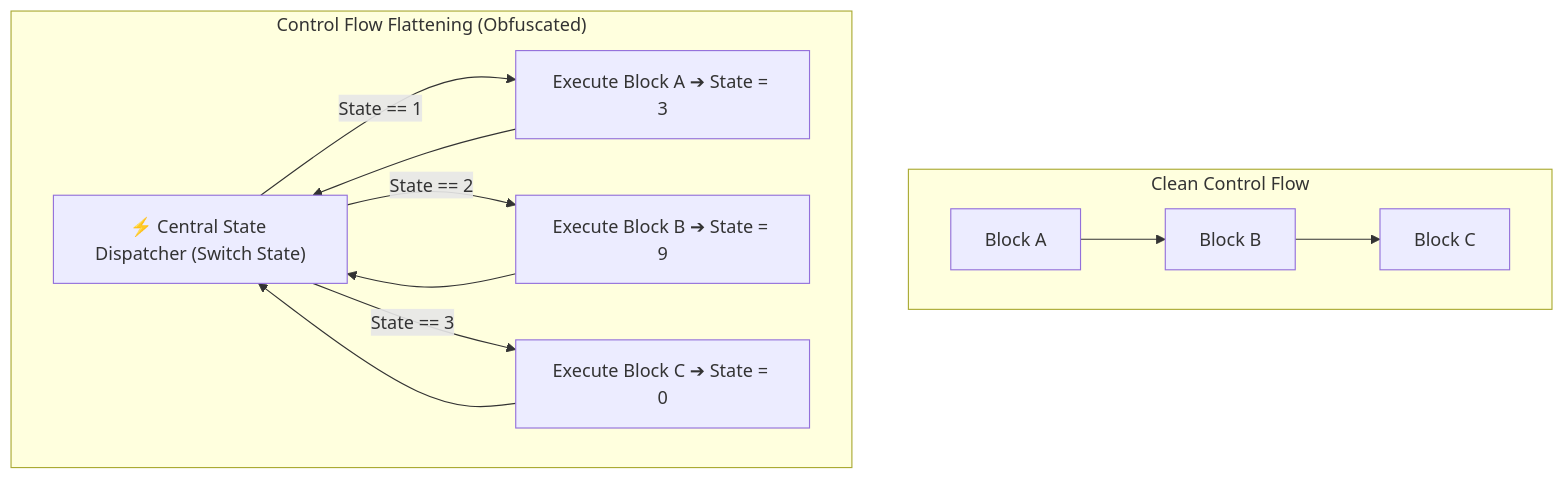
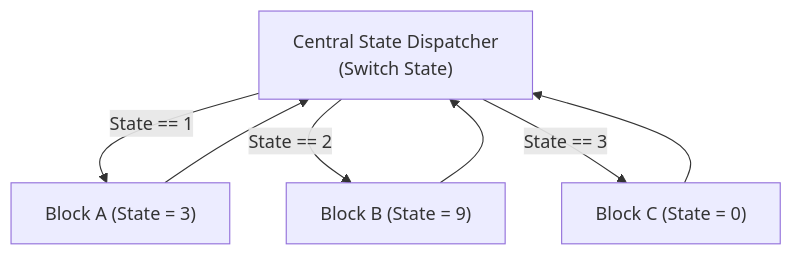
The fourth of 4 diagrams in topics/19-reverse-engineering-protections-and-mitigations/README.md (DaddyZyn/Cyber-security-notes), drawn with Mermaid before and after one commit. The commit also changed other lines of this file and 19 other files, not shown here.

Commit message:
fix: overhaul all Mermaid diagrams with clean vertical layouts and short line-wrapping to prevent GitHub clipping

````diff
--- a/topics/19-reverse-engineering-protections-and-mitigations/README.md
+++ b/topics/19-reverse-engineering-protections-and-mitigations/README.md
@@ -148,14 +145,8 @@
 ```mermaid
 flowchart TD
-    subgraph Normal_Code["Clean Control Flow"]
-        N1["Block A"] --> N2["Block B"] --> N3["Block C"]
-    end
-
-    subgraph Flattened_Code["Control Flow Flattening (Obfuscated)"]
-        Dispatcher["⚡ Central State Dispatcher (Switch State)"]
-        Dispatcher -->|"State == 1"| B1["Execute Block A ➔ State = 3"]
-        Dispatcher -->|"State == 2"| B2["Execute Block B ➔ State = 9"]
-        Dispatcher -->|"State == 3"| B3["Execute Block C ➔ State = 0"]
-        B1 & B2 & B3 --> Dispatcher
-    end
+    Dispatcher["Central State Dispatcher<br/>(Switch State)"]
+    Dispatcher -->|State == 1| B1["Block A (State = 3)"]
+    Dispatcher -->|State == 2| B2["Block B (State = 9)"]
+    Dispatcher -->|State == 3| B3["Block C (State = 0)"]
+    B1 & B2 & B3 --> Dispatcher
 ```
````
